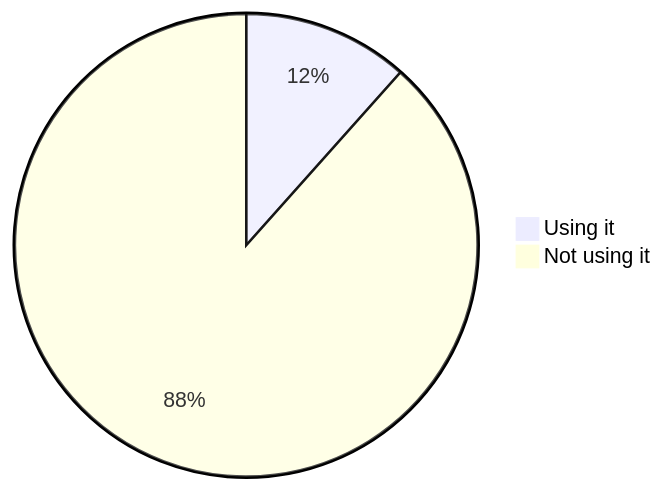
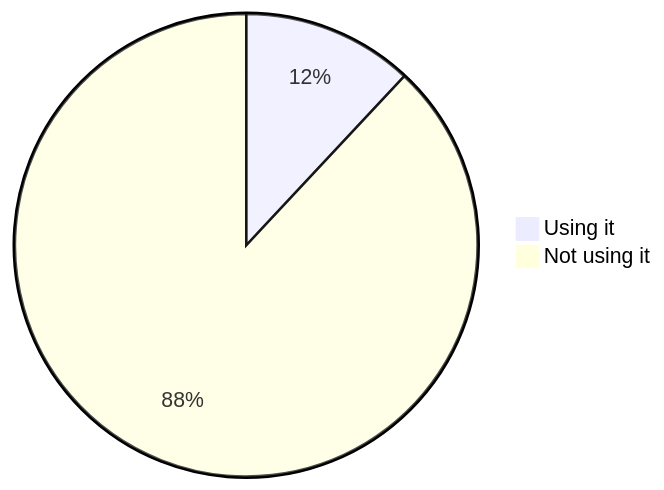
One commit to oshp/oshp-stats changed the fourth of 22 diagrams in stats.md. Above: the diagram before and after it, drawn with Mermaid. The commit also changed other lines of this file, not shown here.

````diff
--- a/stats.md
+++ b/stats.md
@@ -46,6 +46,6 @@
 ```mermaid
 pie
-	"Using it" : 11.59
-	"Not using it" : 88.41
+	"Using it" : 11.96
+	"Not using it" : 88.04
 
 ```
````
